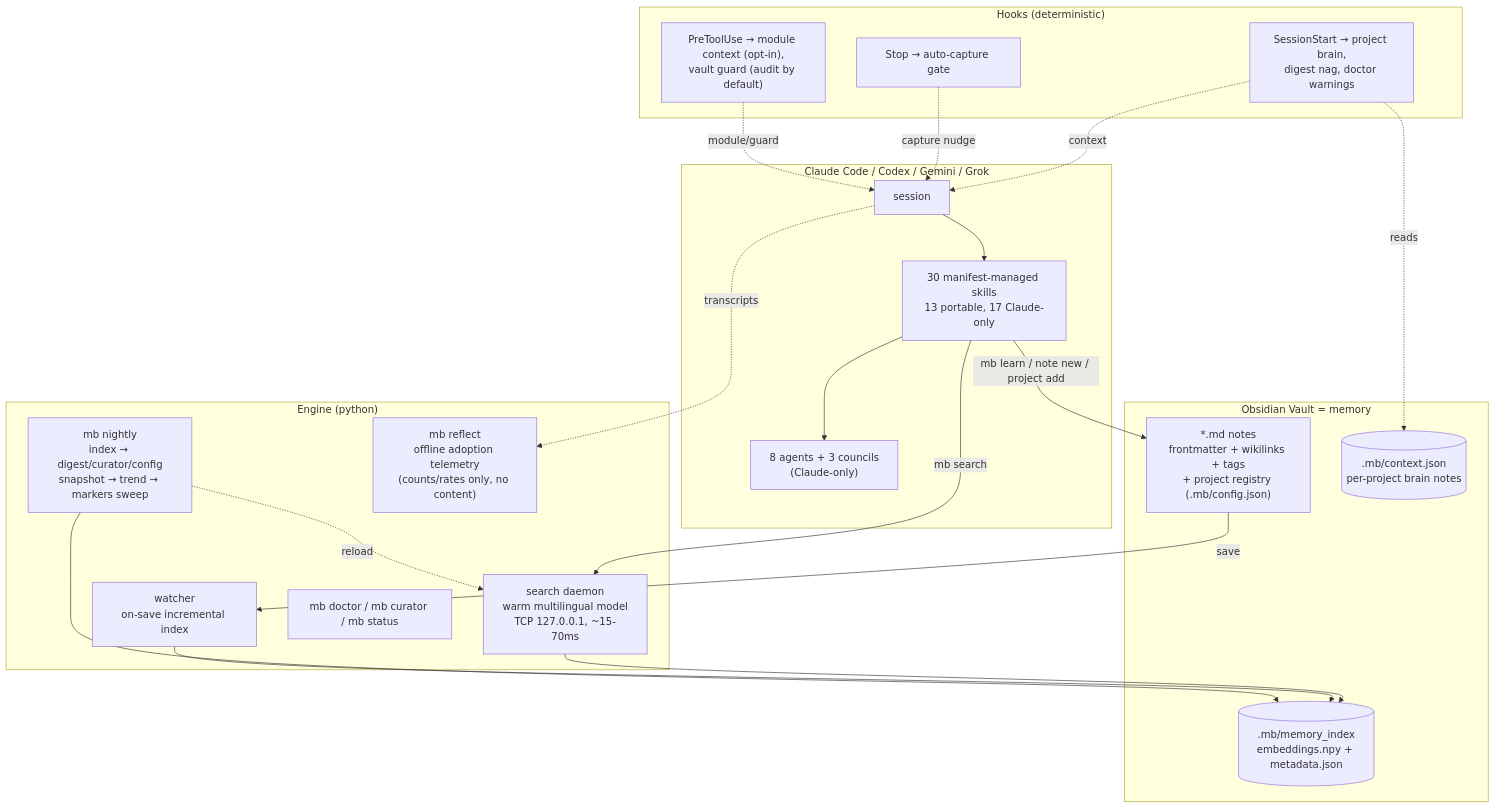
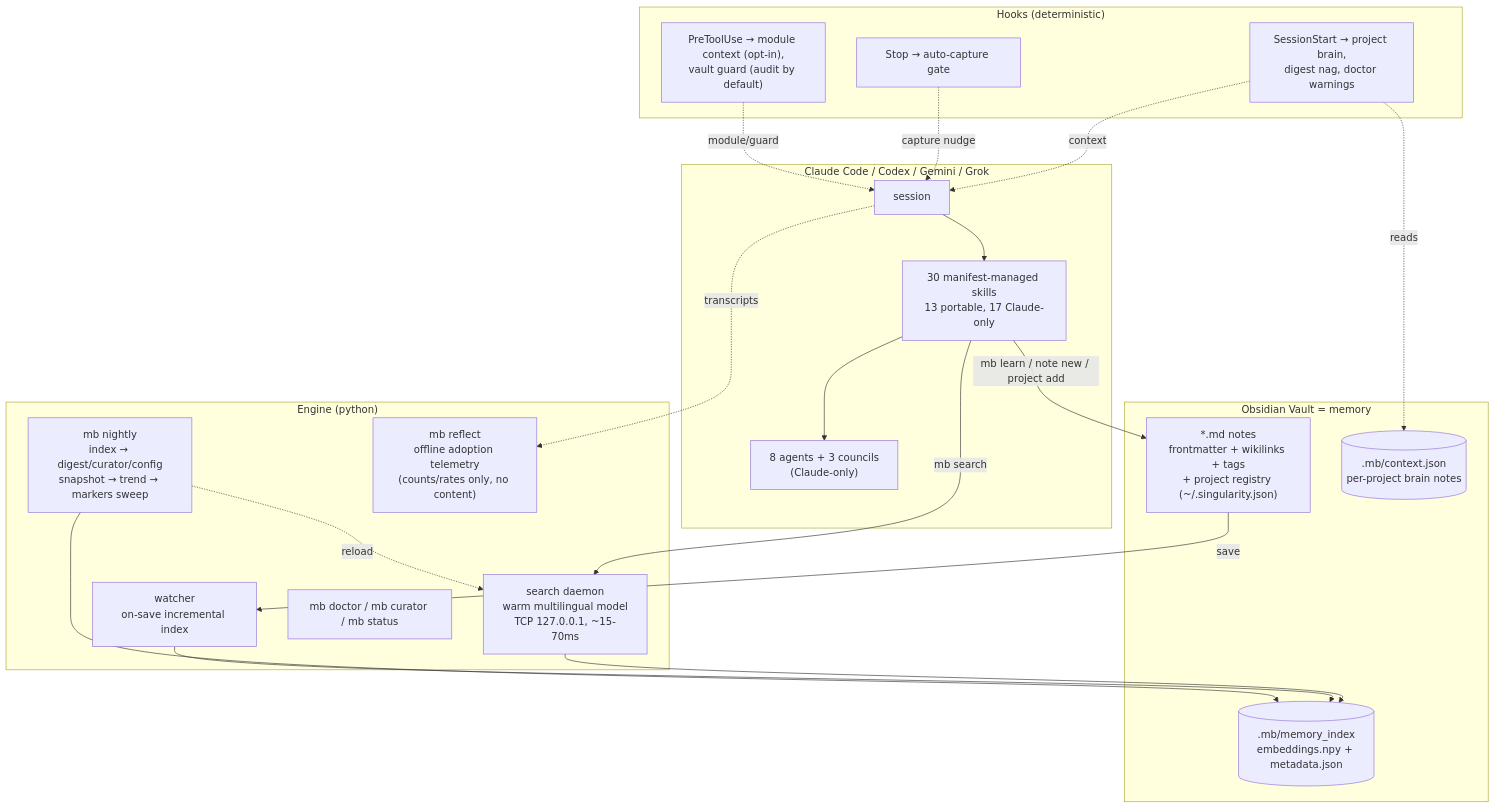
The diagram in README.md (Kostik2702/singularity), drawn with Mermaid before and after one commit. The commit also changed other lines of this file and 4 other files, not shown here.

````diff
--- a/README.md
+++ b/README.md
@@ -32,37 +32,37 @@
 ```mermaid
 graph TB
     subgraph CC["Claude Code / Codex / Gemini / Grok"]
         MAIN["session"]
         SK["30 manifest-managed skills<br/>13 portable, 17 Claude-only"]
         AG["8 agents + 3 councils<br/>(Claude-only)"]
     end
     subgraph HOOKS["Hooks (deterministic)"]
         H1["SessionStart → project brain,<br/>digest nag, doctor warnings"]
         H2["Stop → auto-capture gate"]
         H3["PreToolUse → module context (opt-in),<br/>vault guard (audit by default)"]
     end
     subgraph ENGINE["Engine (python)"]
         D["search daemon<br/>warm multilingual model<br/>TCP 127.0.0.1, ~15-70ms"]
         W["watcher<br/>on-save incremental index"]
         NI["mb nightly<br/>index → digest/curator/config<br/>snapshot → trend → markers sweep"]
         DR["mb doctor / mb curator / mb status"]
         RF["mb reflect<br/>offline adoption telemetry<br/>(counts/rates only, no content)"]
     end
     subgraph VAULT["Obsidian Vault = memory"]
-        NOTES["*.md notes<br/>frontmatter + wikilinks + tags<br/>+ project registry (.mb/config.json)"]
+        NOTES["*.md notes<br/>frontmatter + wikilinks + tags<br/>+ project registry (~/.singularity.json)"]
         IDX[(".mb/memory_index<br/>embeddings.npy + metadata.json")]
         CTX[(".mb/context.json<br/>per-project brain notes")]
     end
 
     H1 -.context.-> MAIN
     H2 -.capture nudge.-> MAIN
     H3 -.module/guard.-> MAIN
     MAIN --> SK --> AG
     SK -- "mb search" --> D --> IDX
     SK -- "mb learn / note new / project add" --> NOTES
     NOTES -- save --> W --> IDX
     NI --> IDX
     NI -.reload.-> D
     H1 -.reads.-> CTX
     MAIN -.transcripts.-> RF
 ```
````
